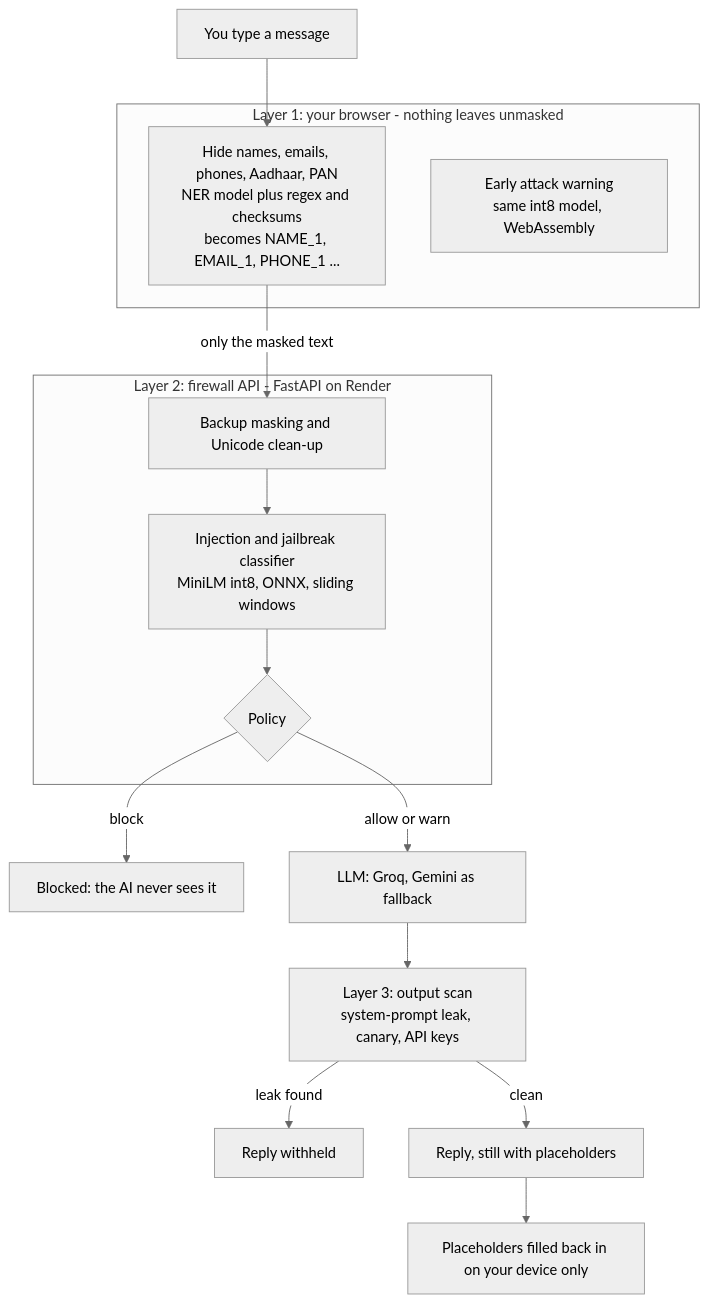
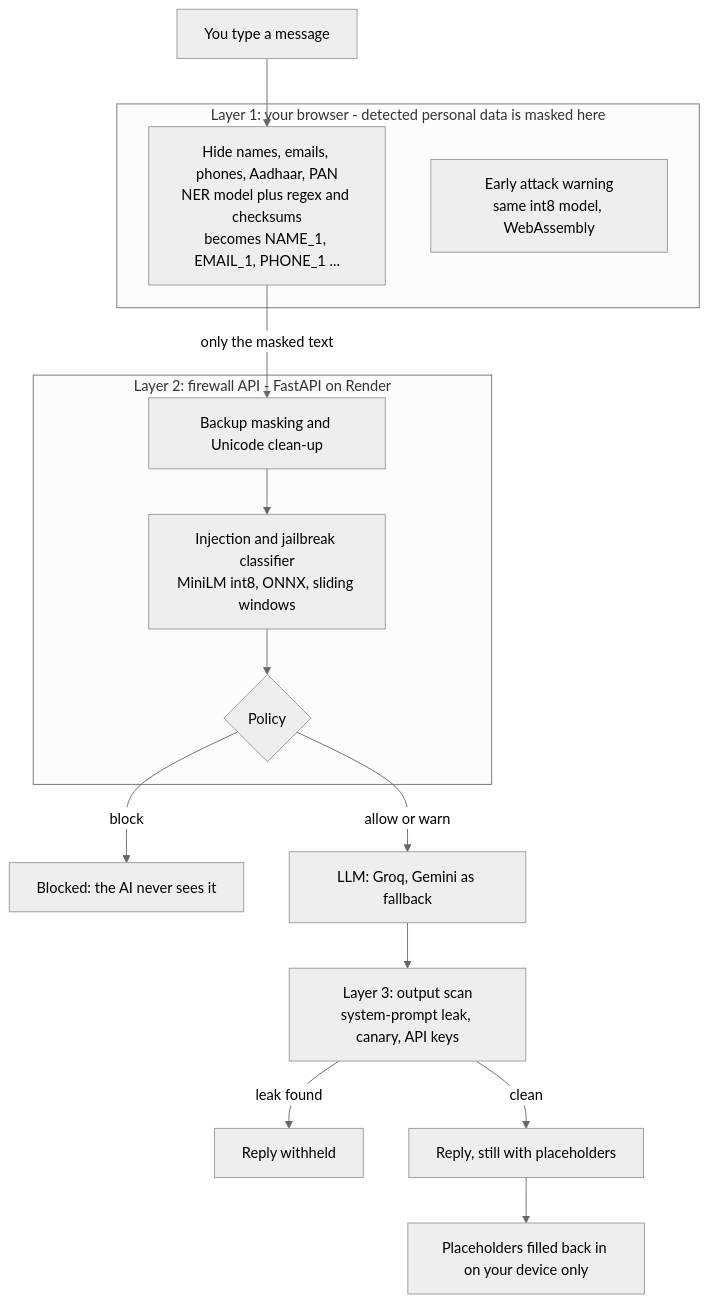
The diagram in README.md (namyaa6/MaskWall), drawn with Mermaid (neutral theme) before and after one commit. The commit also changed other lines of this file and 38 other files, not shown here.

````diff
--- a/README.md
+++ b/README.md
@@ -17,19 +17,19 @@
 ```mermaid
 flowchart TD
   U["You type a message"] --> B1
-  subgraph BR["Layer 1: your browser - nothing leaves unmasked"]
+  subgraph BR["Layer 1: your browser - detected personal data is masked here"]
     B1["Hide names, emails, phones, Aadhaar, PAN<br/>NER model plus regex and checksums<br/>becomes NAME_1, EMAIL_1, PHONE_1 ..."]
     B2["Early attack warning<br/>same int8 model, WebAssembly"]
   end
   B1 -- "only the masked text" --> F1
   subgraph SV["Layer 2: firewall API - FastAPI on Render"]
     F1["Backup masking and Unicode clean-up"] --> F2["Injection and jailbreak classifier<br/>MiniLM int8, ONNX, sliding windows"]
     F2 --> F3{"Policy"}
   end
   F3 -- block --> X["Blocked: the AI never sees it"]
   F3 -- "allow or warn" --> L["LLM: Groq, Gemini as fallback"]
   L --> O["Layer 3: output scan<br/>system-prompt leak, canary, API keys"]
   O -- "leak found" --> X2["Reply withheld"]
   O -- clean --> R["Reply, still with placeholders"]
   R --> UM["Placeholders filled back in on your device only"]
 ```
````
